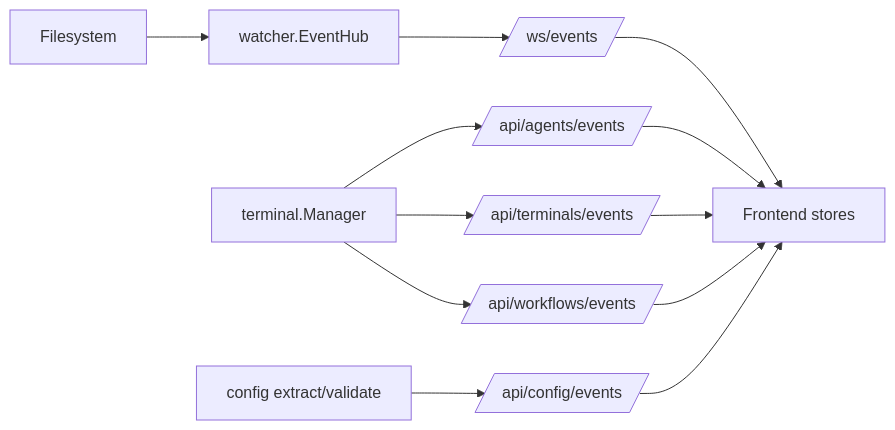
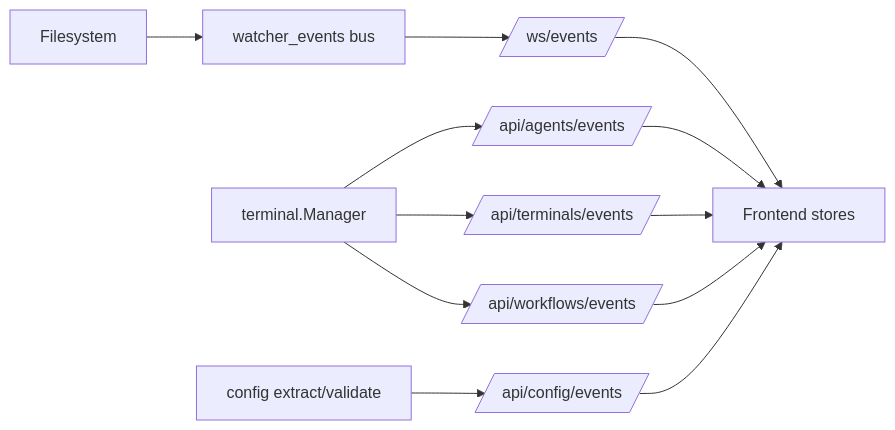
The first of 2 diagrams in README.md (dyne/gestalt), drawn with Mermaid before and after one commit. The commit also changed other lines of this file and 15 other files, not shown here.

First line of the commit message:
Remove EventHub wrapper

````diff
--- a/README.md
+++ b/README.md
@@ -111,14 +111,14 @@
 ```mermaid
 flowchart LR
-  FS[Filesystem] --> Hub[watcher.EventHub]
-  Hub --> WSEvents[/ws/events/]
+  FS[Filesystem] --> WatchBus[watcher_events bus]
+  WatchBus --> WSEvents[/ws/events/]
   Manager[terminal.Manager] --> AgentBus[/api/agents/events/]
   Manager --> TermBus[/api/terminals/events/]
   Manager --> WorkflowBus[/api/workflows/events/]
   Config[config extract/validate] --> ConfigBus[/api/config/events/]
   WSEvents --> UI[Frontend stores]
   AgentBus --> UI
   TermBus --> UI
   WorkflowBus --> UI
   ConfigBus --> UI
 ```
````
